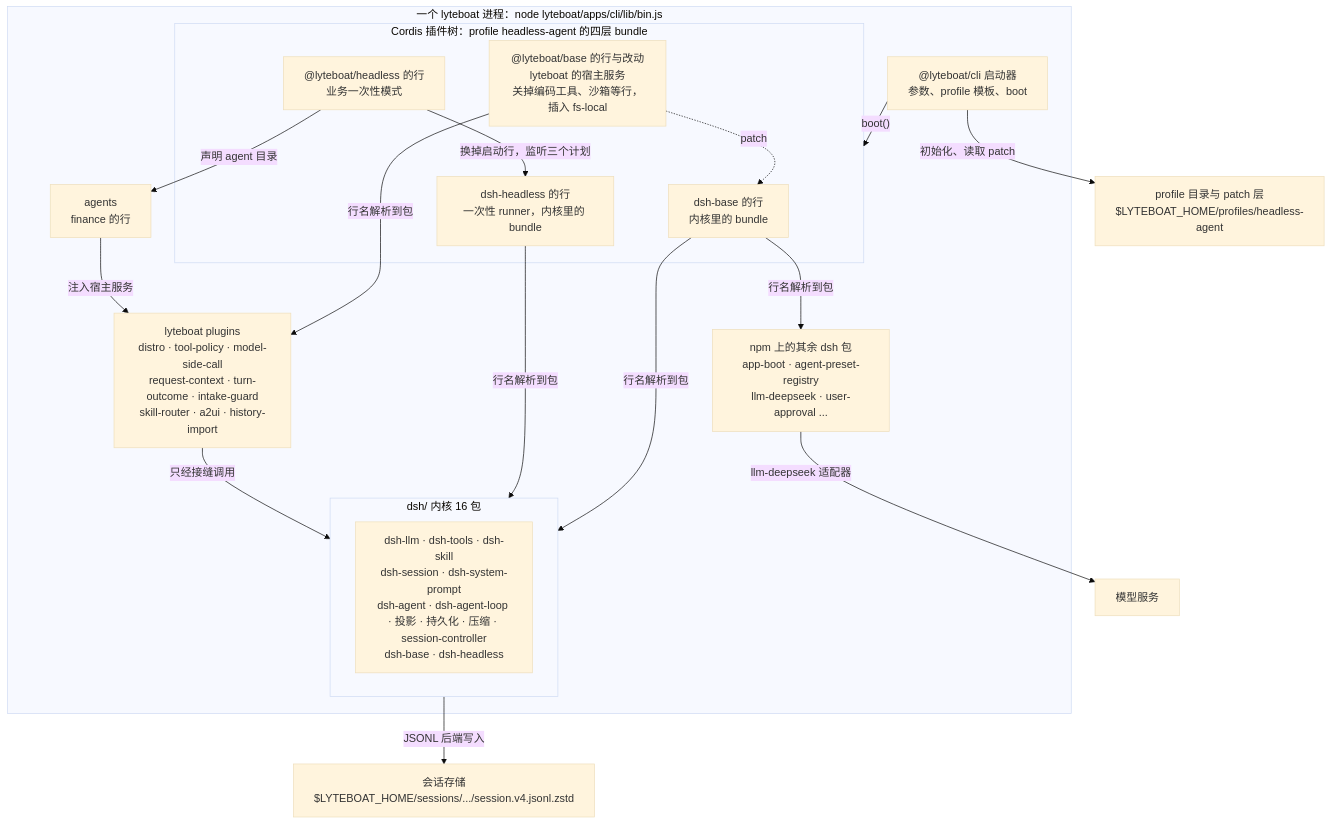
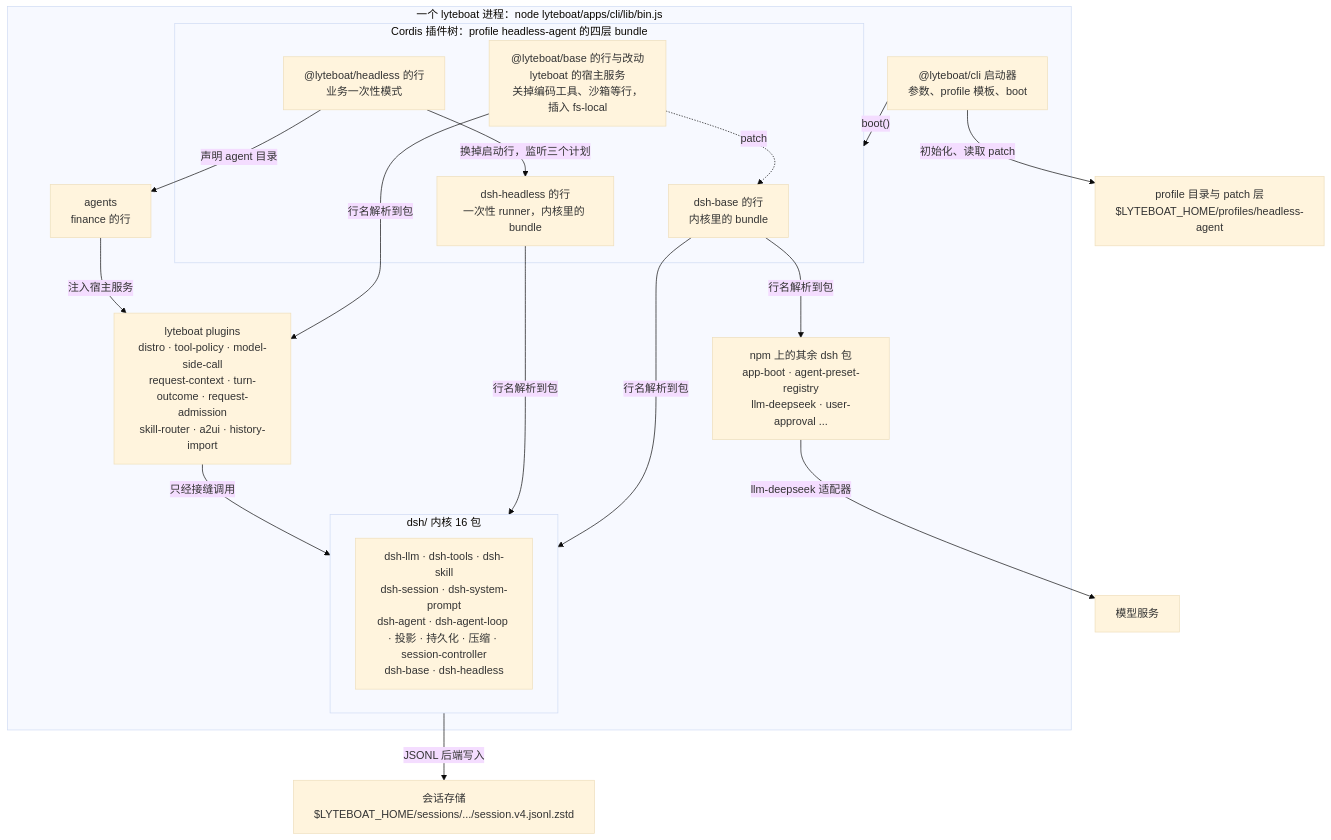
Before and after one commit to lyteboat/lyteboat: the second of 11 diagrams in docs/01-architecture.md, drawn with Mermaid (base theme). The commit also changed other lines of this file and 7 other files, not shown here.

First line of the commit message:
docs: @lyteboat/request-admission — the docs describe admission at each turn's first step

````diff
--- a/docs/01-architecture.md
+++ b/docs/01-architecture.md
@@ -108,34 +108,34 @@
 ```mermaid
 flowchart TB
   subgraph PROC["一个 lyteboat 进程：node lyteboat/apps/cli/lib/bin.js"]
     cli["@lyteboat/cli 启动器<br/>参数、profile 模板、boot"]
     subgraph TREE["Cordis 插件树：profile headless-agent 的四层 bundle"]
       base["dsh-base 的行<br/>内核里的 bundle"]
       hdl["dsh-headless 的行<br/>一次性 runner，内核里的 bundle"]
       lbase["@lyteboat/base 的行与改动<br/>lyteboat 的宿主服务<br/>关掉编码工具、沙箱等行，插入 fs-local"]
       runb["@lyteboat/headless 的行<br/>业务一次性模式"]
     end
     subgraph KERNEL["dsh/ 内核 16 包"]
       kpk["dsh-llm · dsh-tools · dsh-skill<br/>dsh-session · dsh-system-prompt<br/>dsh-agent · dsh-agent-loop · 投影 · 持久化 · 压缩 · session-controller<br/>dsh-base · dsh-headless"]
     end
     npmpk["npm 上的其余 dsh 包<br/>app-boot · agent-preset-registry<br/>llm-deepseek · user-approval ..."]
-    plugins["lyteboat plugins<br/>distro · tool-policy · model-side-call<br/>request-context · turn-outcome · intake-guard<br/>skill-router · a2ui · history-import"]
+    plugins["lyteboat plugins<br/>distro · tool-policy · model-side-call<br/>request-context · turn-outcome · request-admission<br/>skill-router · a2ui · history-import"]
     agents["agents<br/>finance 的行"]
   end
   prof["profile 目录与 patch 层<br/>$LYTEBOAT_HOME/profiles/headless-agent"]
   store["会话存储<br/>$LYTEBOAT_HOME/sessions/.../session.v4.jsonl.zstd"]
   model["模型服务"]
   cli -->|"初始化、读取 patch"| prof
   cli -->|"boot()"| TREE
   lbase -.->|"patch"| base
   base -->|"行名解析到包"| KERNEL
   base -->|"行名解析到包"| npmpk
   hdl -->|"行名解析到包"| KERNEL
   lbase -->|"行名解析到包"| plugins
   runb -->|"换掉启动行，监听三个计划"| hdl
   runb -->|"声明 agent 目录"| agents
   agents -->|"注入宿主服务"| plugins
   plugins -->|"只经接缝调用"| KERNEL
   KERNEL -->|"JSONL 后端写入"| store
   npmpk -->|"llm-deepseek 适配器"| model
 ```
````
